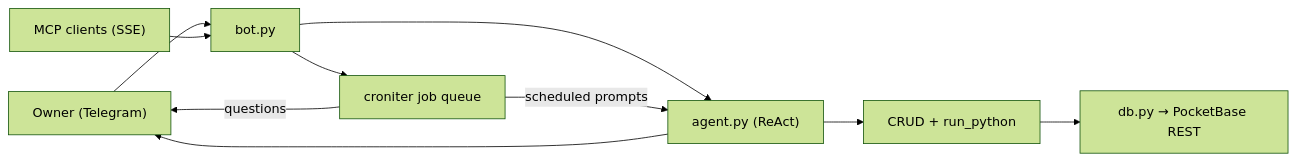
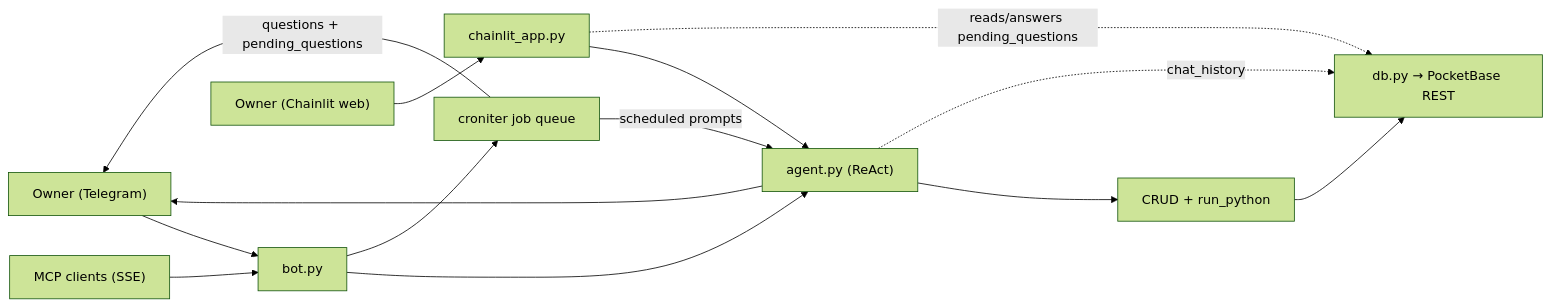
One commit to farukcan/data-collection-bot changed the diagram in README.md. Above: the diagram before and after it, drawn with Mermaid (forest theme). The commit also changed other lines of this file and 12 other files, not shown here.

First line of the commit message:
feat: integrate Chainlit web chat for shared LLM interaction

````diff
--- a/README.md
+++ b/README.md
@@ -20,12 +20,16 @@
 ```mermaid
 flowchart LR
   Owner["Owner (Telegram)"] --> Bot["bot.py"]
+  Owner2["Owner (Chainlit web)"] --> Chainlit["chainlit_app.py"]
   MCP["MCP clients (SSE)"] --> Bot
   Bot --> Agent["agent.py (ReAct)"]
+  Chainlit --> Agent
   Agent --> Tools["CRUD + run_python"]
   Tools --> DB["db.py → PocketBase REST"]
   Bot --> Scheduler["croniter job queue"]
-  Scheduler -->|questions| Owner
+  Scheduler -->|questions + pending_questions| Owner
   Scheduler -->|scheduled prompts| Agent
   Agent --> Owner
+  Chainlit -.->|reads/answers pending_questions| DB
+  Agent -.->|chat_history| DB
 ```
````
